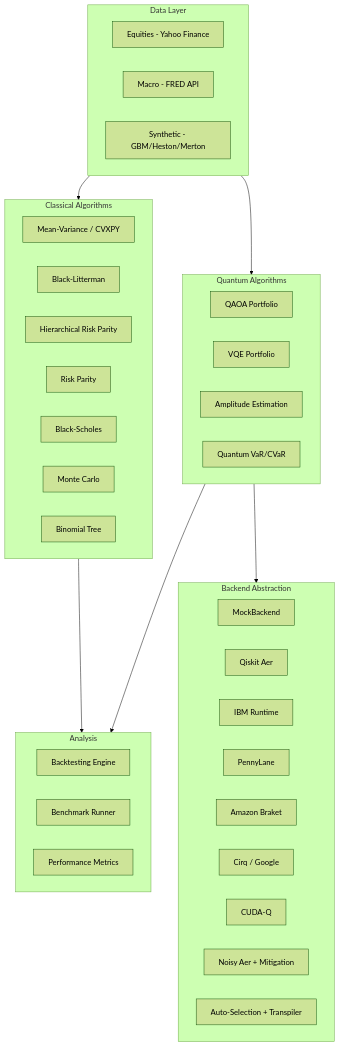
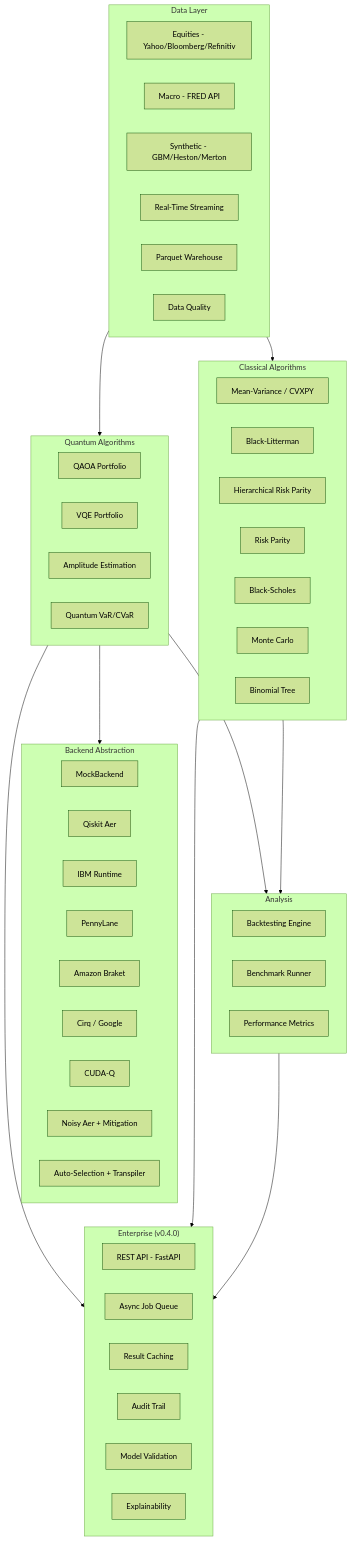
The diagram in docs/index.md (anonymousAAK/qufin), drawn with Mermaid (forest theme) before and after one commit. The commit also changed other lines of this file and 43 other files, not shown here.

First line of the commit message:
v0.4.0: Enterprise features — data infra, REST API, compliance, Docker/K8s

````diff
--- a/docs/index.md
+++ b/docs/index.md
@@ -23,49 +23,64 @@
 ```mermaid
 graph TB
     subgraph Data["Data Layer"]
-        EQ[Equities - Yahoo Finance]
+        EQ[Equities - Yahoo/Bloomberg/Refinitiv]
         MACRO[Macro - FRED API]
         SYNTH[Synthetic - GBM/Heston/Merton]
+        STREAM[Real-Time Streaming]
+        WH[Parquet Warehouse]
+        DQ[Data Quality]
     end
 
     subgraph Classical["Classical Algorithms"]
         MV[Mean-Variance / CVXPY]
         BL[Black-Litterman]
         HRP[Hierarchical Risk Parity]
         RP[Risk Parity]
         BS[Black-Scholes]
         MC[Monte Carlo]
         BIN[Binomial Tree]
     end
 
     subgraph Quantum["Quantum Algorithms"]
         QAOA[QAOA Portfolio]
         VQE[VQE Portfolio]
         QAE[Amplitude Estimation]
         QVAR[Quantum VaR/CVaR]
     end
 
     subgraph Backends["Backend Abstraction"]
         MOCK[MockBackend]
         AER[Qiskit Aer]
         IBM[IBM Runtime]
         PL[PennyLane]
         BRAKET[Amazon Braket]
         CIRQ[Cirq / Google]
         CUDAQ[CUDA-Q]
         NOISE[Noisy Aer + Mitigation]
         AUTO[Auto-Selection + Transpiler]
     end
 
     subgraph Analysis["Analysis"]
         BT[Backtesting Engine]
         BENCH[Benchmark Runner]
         METRICS[Performance Metrics]
     end
 
+    subgraph Enterprise["Enterprise (v0.4.0)"]
+        API[REST API - FastAPI]
+        JOBS[Async Job Queue]
+        CACHE[Result Caching]
+        AUDIT[Audit Trail]
+        VALID[Model Validation]
+        EXPLAIN[Explainability]
+    end
+
     Data --> Classical
     Data --> Quantum
     Quantum --> Backends
     Classical --> Analysis
     Quantum --> Analysis
+    Analysis --> Enterprise
+    Classical --> Enterprise
+    Quantum --> Enterprise
 ```
````
